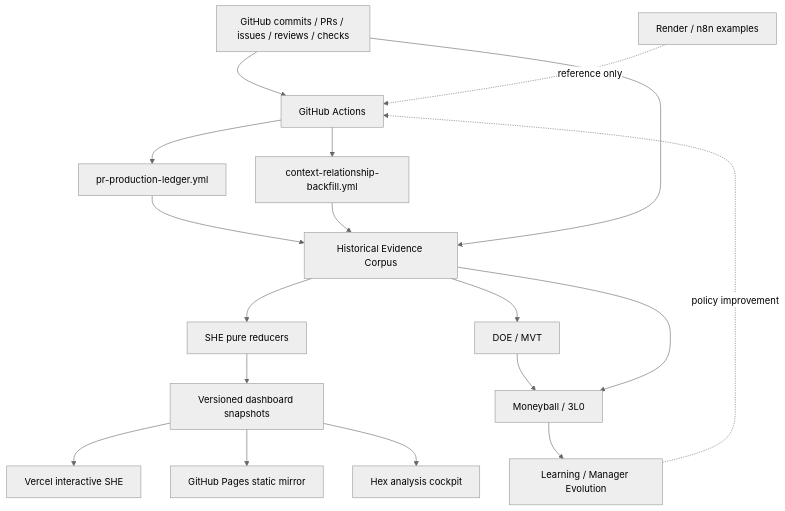
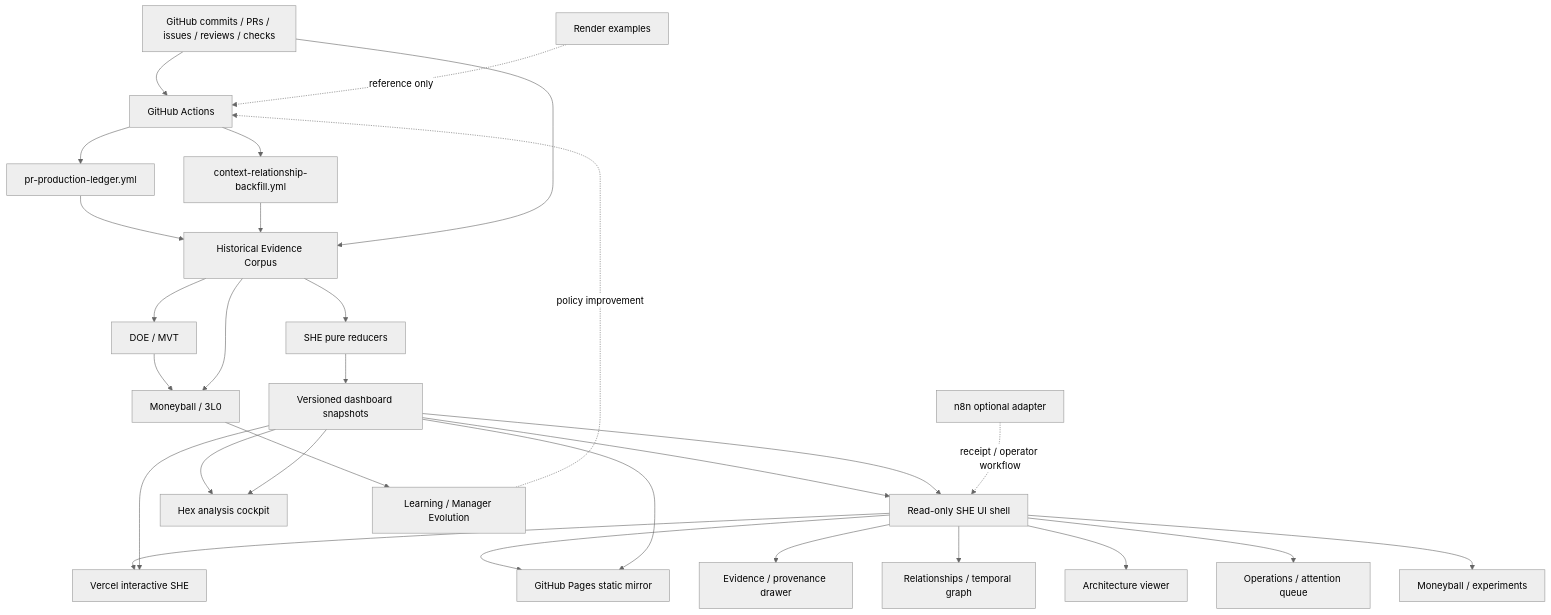
One commit to timerloggedout-spec/termux-monorepo changed the diagram in docs/ops/SHE-DASHBOARD-ARCHITECTURE.mmd. Above: the diagram before and after it, drawn with Mermaid (neutral theme).

Commit message:
docs(she): map UI UX surfaces in architecture source

````diff
--- a/docs/ops/SHE-DASHBOARD-ARCHITECTURE.mmd
+++ b/docs/ops/SHE-DASHBOARD-ARCHITECTURE.mmd
@@ -3,36 +3,46 @@
 ```mermaid
 flowchart TD
     GH[GitHub commits / PRs / issues / reviews / checks]
     ACT[GitHub Actions]
     LED[pr-production-ledger.yml]
     BACK[context-relationship-backfill.yml]
     CORPUS[Historical Evidence Corpus]
     RED[SHE pure reducers]
     SNAP[Versioned dashboard snapshots]
-    VERCEL[Vercel interactive SHE]
-    PAGES[GitHub Pages static mirror]
+    SNAP --> UI[Read-only SHE UI shell]
+    UI --> VERCEL[Vercel interactive SHE]
+    UI --> PAGES[GitHub Pages static mirror]
     HEX[Hex analysis cockpit]
     MVT[DOE / MVT]
     MB[Moneyball / 3L0]
     LEARN[Learning / Manager Evolution]
 
     GH --> ACT
     ACT --> LED
     ACT --> BACK
     LED --> CORPUS
     BACK --> CORPUS
     GH --> CORPUS
     CORPUS --> RED
     RED --> SNAP
+    SNAP --> UI
+    SNAP --> HEX
+    UI --> PROV[Evidence / provenance drawer]
+    UI --> GRAPH[Relationships / temporal graph]
+    UI --> ARCH[Architecture viewer]
+    UI --> OPS[Operations / attention queue]
+    UI --> MBUI[Moneyball / experiments]
+    N8N[n8n optional adapter]
+    N8N -. receipt / operator workflow .-> UI
     SNAP --> VERCEL
     SNAP --> PAGES
     SNAP --> HEX
     CORPUS --> MVT
     MVT --> MB
     CORPUS --> MB
     MB --> LEARN
     LEARN -. policy improvement .-> ACT
 
-    RENDER[Render / n8n examples]
+    RENDER[Render examples]
     RENDER -. reference only .-> ACT
 ```
````
